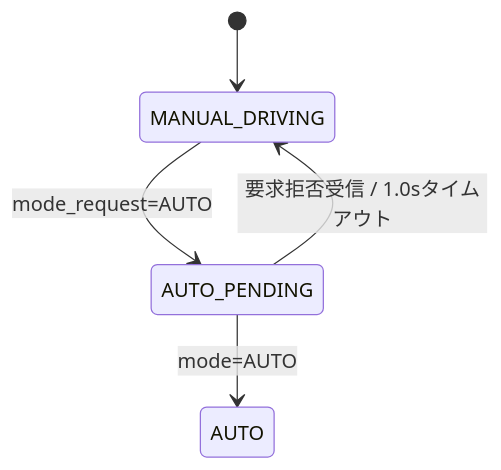
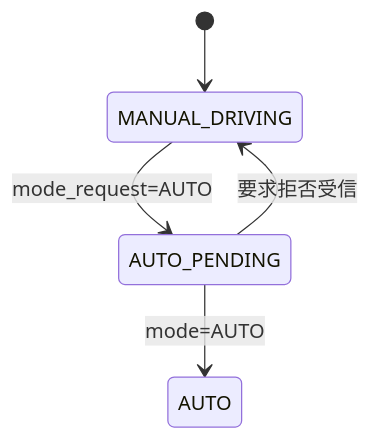
Before and after one commit to tut-cc/tron-2026-autonomous-driving: the third of 3 diagrams in M85Web/Application/mini-4wd-webapp/docs/ui-spec.md, drawn with Mermaid. The commit also changed other lines of this file and 23 other files, not shown here.

````diff
--- a/M85Web/Application/mini-4wd-webapp/docs/ui-spec.md
+++ b/M85Web/Application/mini-4wd-webapp/docs/ui-spec.md
@@ -76,8 +76,8 @@
 ```mermaid
 stateDiagram-v2
     [*] --> MANUAL_DRIVING
 
     MANUAL_DRIVING --> AUTO_PENDING: mode_request=AUTO
-    AUTO_PENDING --> MANUAL_DRIVING: 要求拒否受信 / 1.0sタイムアウト
+    AUTO_PENDING --> MANUAL_DRIVING: 要求拒否受信
     AUTO_PENDING --> AUTO: mode=AUTO
 ```
````
